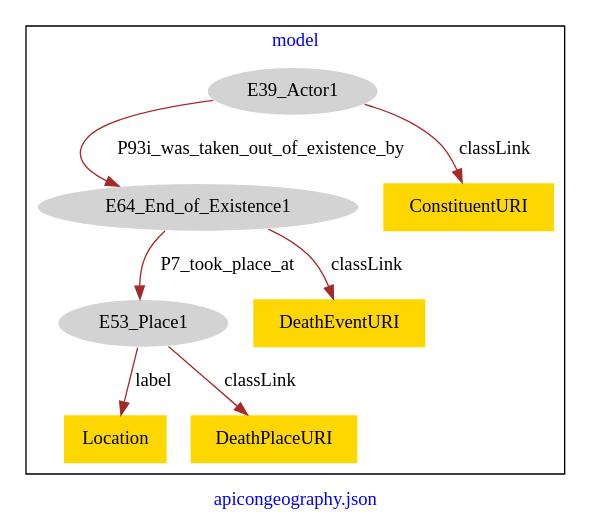
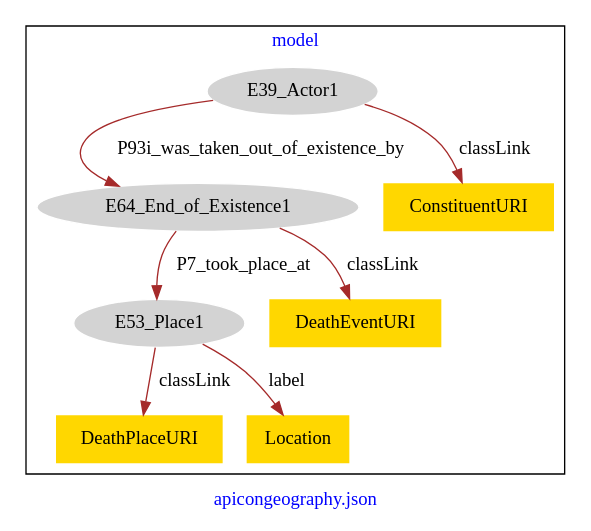
The diagram in apicongeography/apicongeography-death-model.dot (american-art/PUAM), drawn with Graphviz before and after one commit.

Commit message:
Update file apicongeography-death-model.dot

```diff
--- a/apicongeography/apicongeography-death-model.dot
+++ b/apicongeography/apicongeography-death-model.dot
@@ -1,21 +1,21 @@
 digraph n0 {
 fontcolor="blue"
 remincross="true"
 label="apicongeography.json"
 subgraph cluster {
 label="model"
 n2[style="filled",color="white",fillcolor="lightgray",label="E39_Actor1"];
 n3[style="filled",color="white",fillcolor="lightgray",label="E64_End_of_Existence1"];
 n4[style="filled",color="white",fillcolor="lightgray",label="E53_Place1"];
-n5[shape="plaintext",style="filled",fillcolor="gold",label="ConstituentURI"];
+n5[shape="plaintext",style="filled",fillcolor="gold",label="DeathPlaceURI"];
 n6[shape="plaintext",style="filled",fillcolor="gold",label="Location"];
-n7[shape="plaintext",style="filled",fillcolor="gold",label="DeathEventURI"];
-n8[shape="plaintext",style="filled",fillcolor="gold",label="DeathPlaceURI"];
+n7[shape="plaintext",style="filled",fillcolor="gold",label="ConstituentURI"];
+n8[shape="plaintext",style="filled",fillcolor="gold",label="DeathEventURI"];
 }
 n2 -> n3[color="brown",fontcolor="black",label="P93i_was_taken_out_of_existence_by"]
 n3 -> n4[color="brown",fontcolor="black",label="P7_took_place_at"]
-n2 -> n5[color="brown",fontcolor="black",label="classLink"]
+n4 -> n5[color="brown",fontcolor="black",label="classLink"]
 n4 -> n6[color="brown",fontcolor="black",label="label"]
-n3 -> n7[color="brown",fontcolor="black",label="classLink"]
-n4 -> n8[color="brown",fontcolor="black",label="classLink"]
+n2 -> n7[color="brown",fontcolor="black",label="classLink"]
+n3 -> n8[color="brown",fontcolor="black",label="classLink"]
 }
```
